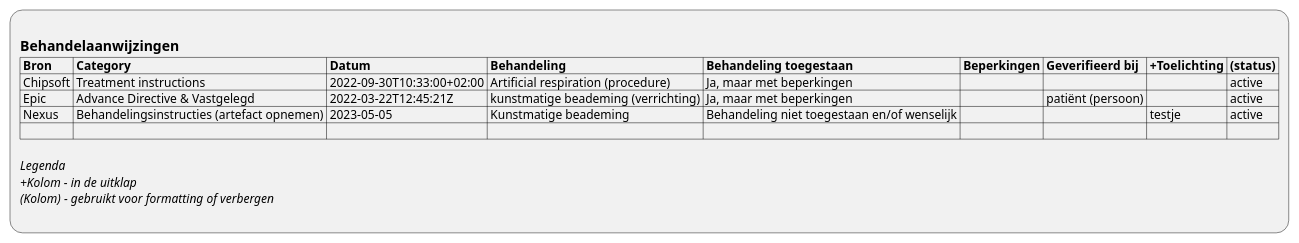
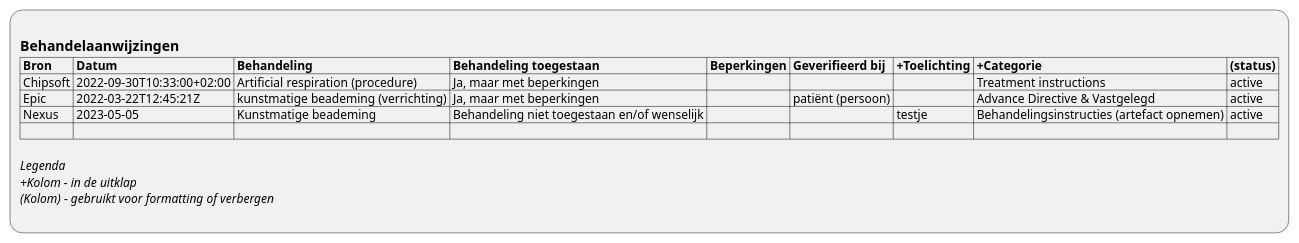
Before and after one commit to RIVO-Noord/zorgviewer-ig: the diagram in input/images-source/ViewDefinition-Behandelaanwijzingen.plantuml, drawn with PlantUML. The commit also changed 4 other files, not shown here.

```diff
--- a/input/images-source/ViewDefinition-Behandelaanwijzingen.plantuml
+++ b/input/images-source/ViewDefinition-Behandelaanwijzingen.plantuml
@@ -1,14 +1,14 @@
 @startuml ViewDefinition-Behandelaanwijzingen
 :
 == Behandelaanwijzingen
-|= Bron |= Category |= Datum |= Behandeling |= Behandeling toegestaan |= Beperkingen |= Geverifieerd bij |= +Toelichting |= (status) |
-| Chipsoft | Treatment instructions | 2022-09-30T10:33:00+02:00 | Artificial respiration (procedure) | Ja, maar met beperkingen |  |  |  | active |
-| Epic | Advance Directive & Vastgelegd | 2022-03-22T12:45:21Z | kunstmatige beademing (verrichting) | Ja, maar met beperkingen |  | patiënt (persoon) |  | active |
-| Nexus | Behandelingsinstructies (artefact opnemen) | 2023-05-05 | Kunstmatige beademing | Behandeling niet toegestaan en/of wenselijk |  |  | testje | active |
+|= Bron |= Datum |= Behandeling |= Behandeling toegestaan |= Beperkingen |= Geverifieerd bij |= +Toelichting |= +Categorie |= (status) |
+| Chipsoft | 2022-09-30T10:33:00+02:00 | Artificial respiration (procedure) | Ja, maar met beperkingen |  |  |  | Treatment instructions | active |
+| Epic | 2022-03-22T12:45:21Z | kunstmatige beademing (verrichting) | Ja, maar met beperkingen |  | patiënt (persoon) |  | Advance Directive & Vastgelegd | active |
+| Nexus | 2023-05-05 | Kunstmatige beademing | Behandeling niet toegestaan en/of wenselijk |  |  | testje | Behandelingsinstructies (artefact opnemen) | active |
 | |
 
 //Legenda//
 //+Kolom - in de uitklap//
 //(Kolom) - gebruikt voor formatting of verbergen//
 ;
 @enduml
```
